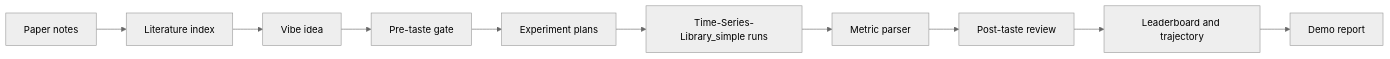
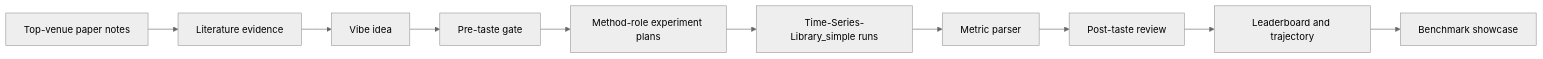
Before and after one commit to XUHIT/ts-auto-research-agent: the diagram in docs/demo_results/full_research_demo_result.md, drawn with Mermaid (neutral theme). The commit also changed other lines of this file and 20 other files, not shown here.

Commit message:
Add benchmark innovation candidate demo

````diff
--- a/docs/demo_results/full_research_demo_result.md
+++ b/docs/demo_results/full_research_demo_result.md
@@ -24,12 +24,12 @@
 ```mermaid
 flowchart LR
-  A[Paper notes] --> B[Literature index]
+  A[Top-venue paper notes] --> B[Literature evidence]
   B --> C[Vibe idea]
   C --> D[Pre-taste gate]
-  D --> E[Experiment plans]
+  D --> E[Method-role experiment plans]
   E --> F[Time-Series-Library_simple runs]
   F --> G[Metric parser]
   G --> H[Post-taste review]
   H --> I[Leaderboard and trajectory]
-  I --> J[Demo report]
+  I --> J[Benchmark showcase]
 ```
````
